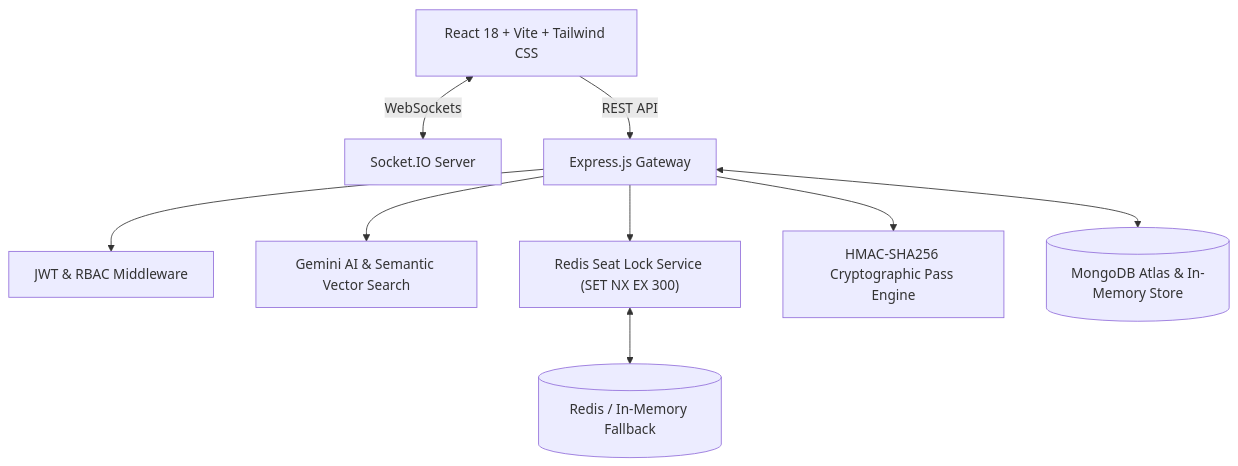
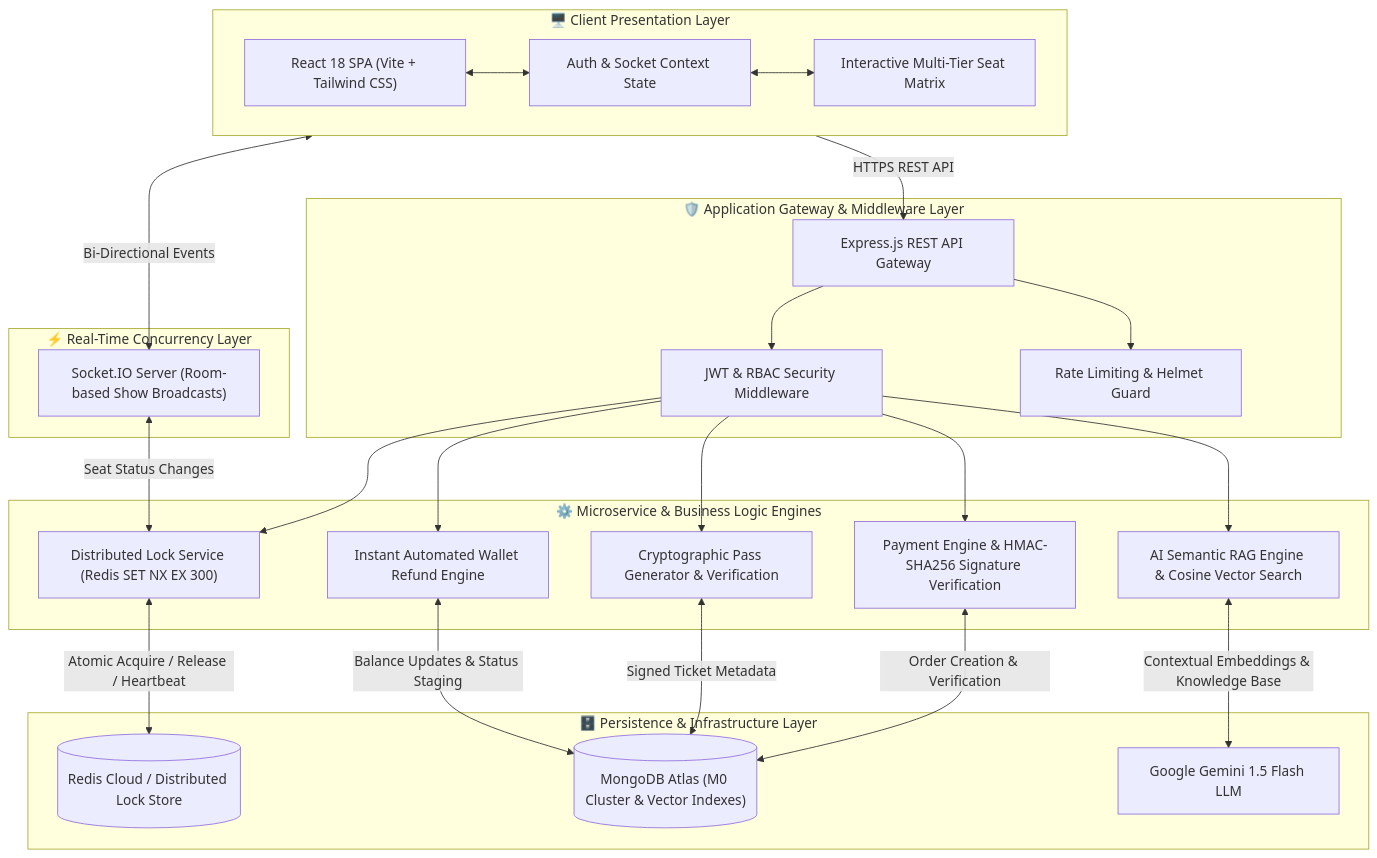
Before and after one commit to vishwambhar-kinage/venuro: the first of 2 diagrams in README.md, drawn with Mermaid. The commit also changed other lines of this file, not shown here.

Commit message:
docs: enrich README with complete microservices system architecture and sequence diagram

````diff
--- a/README.md
+++ b/README.md
@@ -39,13 +19,53 @@
 ```mermaid
 flowchart TD
-    Client["React 18 + Vite + Tailwind CSS"] <-->|WebSockets| Socket["Socket.IO Server"]
-    Client -->|REST API| API["Express.js Gateway"]
+    subgraph Client_Layer["🖥️ Client Presentation Layer"]
+        UI["React 18 SPA (Vite + Tailwind CSS)"]
+        State["Auth & Socket Context State"]
+        Matrix["Interactive Multi-Tier Seat Matrix"]
+        UI <--> State
+        State <--> Matrix
+    end
+
+    subgraph RealTime_Sync["⚡ Real-Time Concurrency Layer"]
+        WS["Socket.IO Server (Room-based Show Broadcasts)"]
+    end
+
+    subgraph Gateway_Layer["🛡️ Application Gateway & Middleware Layer"]
+        API["Express.js REST API Gateway"]
+        AuthMid["JWT & RBAC Security Middleware"]
+        RateLimit["Rate Limiting & Helmet Guard"]
+        API --> AuthMid
+        API --> RateLimit
+    end
+
+    subgraph Core_Services["⚙️ Microservice & Business Logic Engines"]
+        LockSvc["Distributed Lock Service (Redis SET NX EX 300)"]
+        PaySvc["Payment Engine & HMAC-SHA256 Signature Verification"]
+        QRSvc["Cryptographic Pass Generator & Verification"]
+        RAGSvc["AI Semantic RAG Engine & Cosine Vector Search"]
+        RefundSvc["Instant Automated Wallet Refund Engine"]
+    end
+
+    subgraph Storage_Cloud["🗄️ Persistence & Infrastructure Layer"]
+        RedisDB[("Redis Cloud / Distributed Lock Store")]
+        MongoDBAtlas[("MongoDB Atlas (M0 Cluster & Vector Indexes)")]
+        GeminiAI["Google Gemini 1.5 Flash LLM"]
+    end
+
+    %% Flow connections
+    Client_Layer <-->|Bi-Directional Events| WS
+    Client_Layer -->|HTTPS REST API| API
     
-    API --> Auth["JWT & RBAC Middleware"]
-    API --> RAG["Gemini AI & Semantic Vector Search"]
-    API --> LockService["Redis Seat Lock Service (SET NX EX 300)"]
-    API --> QRService["HMAC-SHA256 Cryptographic Pass Engine"]
-    
-    LockService <--> Redis[(Redis / In-Memory Fallback)]
-    API <--> MongoDB[(MongoDB Atlas & In-Memory Store)]
+    AuthMid --> LockSvc
+    AuthMid --> PaySvc
+    AuthMid --> QRSvc
+    AuthMid --> RAGSvc
+    AuthMid --> RefundSvc
+
+    LockSvc <-->|Atomic Acquire / Release / Heartbeat| RedisDB
+    WS <-->|Seat Status Changes| LockSvc
+    PaySvc <-->|Order Creation & Verification| MongoDBAtlas
+    QRSvc <-->|Signed Ticket Metadata| MongoDBAtlas
+    RAGSvc <-->|Contextual Embeddings & Knowledge Base| GeminiAI
+    RefundSvc <-->|Balance Updates & Status Staging| MongoDBAtlas
 ```
````
